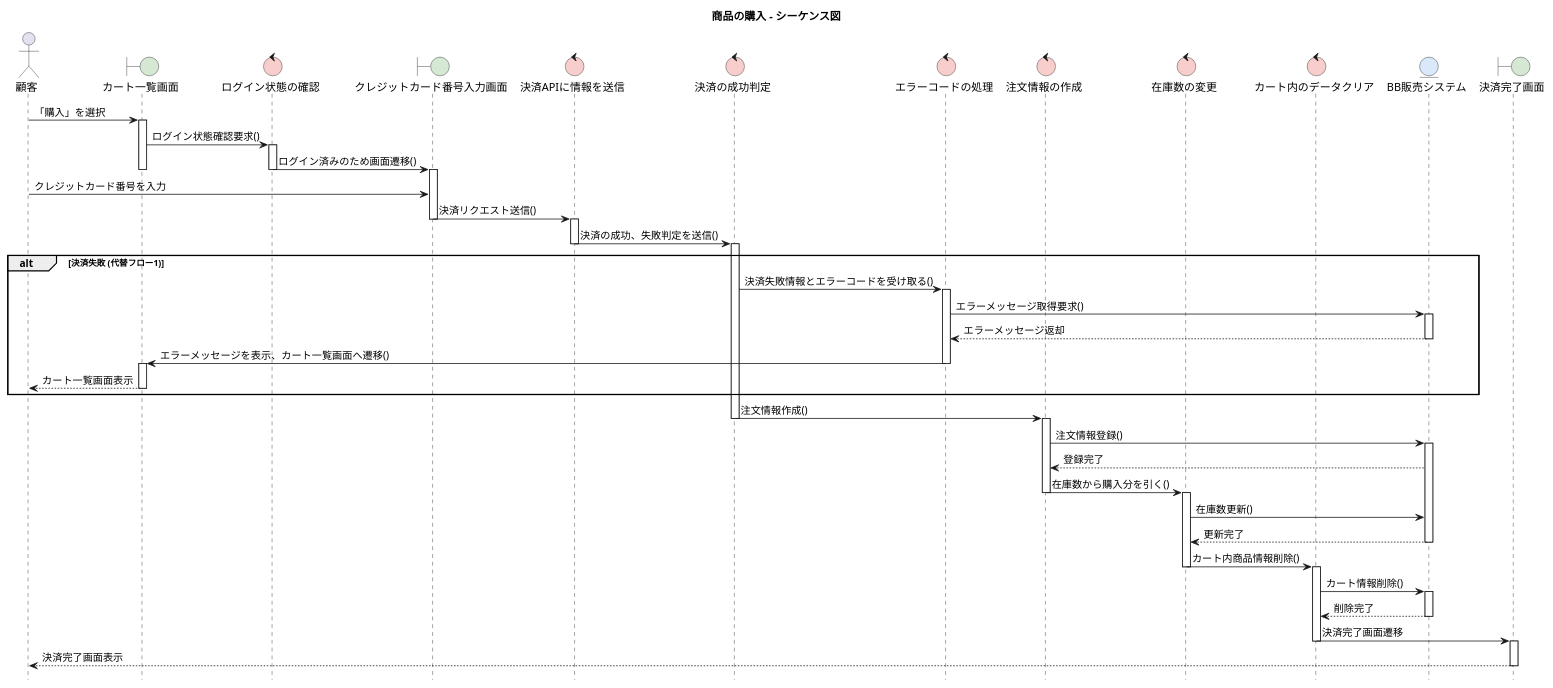
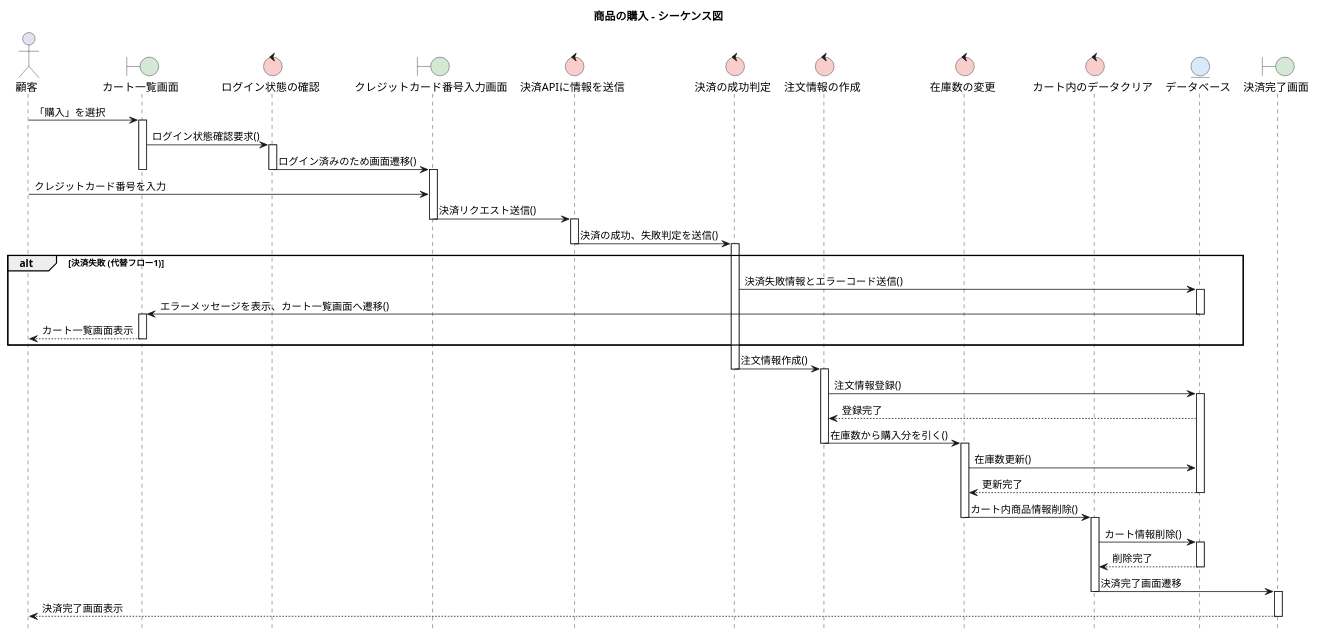
The diagram in BB/sequence_purchase.pu (FujikawaHirono0520/group3_1_dogdog), drawn with PlantUML before and after one commit.

Commit message:
購入　シーケンス

```diff
--- a/BB/sequence_purchase.pu
+++ b/BB/sequence_purchase.pu
@@ -1,84 +1,79 @@
 @startuml
 title 商品の購入 - シーケンス図
 skinparam boundaryBackgroundColor #D5E8D4
 skinparam controlBackgroundColor  #F8CECC
 skinparam entityBackgroundColor   #DAE8FC
 
 hide footbox
 
 actor 顧客
 boundary "カート一覧画面" as CartView
 control "ログイン状態の確認" as LoginCheck 
 boundary "クレジットカード番号入力画面" as CardInputView
 control "決済APIに情報を送信" as PaymentSend
 control "決済の成功判定" as PaymentResult
-control "エラーコードの処理" as ErrorProcess
 control "注文情報の作成" as CreateOrder
 control "在庫数の変更" as ChangeStock
 control "カート内のデータクリア" as ClearCart
-entity "BB販売システム" as BBSystem
+entity "データベース" as DataBase
 boundary "決済完了画面" as CompleteView
 顧客 -> CartView : 「購入」を選択
 activate CartView
 
 CartView -> LoginCheck : ログイン状態確認要求()
 activate LoginCheck
 LoginCheck -> CardInputView : ログイン済みのため画面遷移()
 deactivate LoginCheck
 deactivate CartView
 activate CardInputView
 
 顧客 -> CardInputView : クレジットカード番号を入力
 CardInputView -> PaymentSend : 決済リクエスト送信()
 deactivate CardInputView
 activate PaymentSend
 
 PaymentSend -> PaymentResult : 決済の成功、失敗判定を送信()
 deactivate PaymentSend
 activate PaymentResult
 alt 決済失敗 (代替フロー1)
-    PaymentResult -> ErrorProcess : 決済失敗情報とエラーコードを受け取る()
+    PaymentResult -> DataBase : 決済失敗情報とエラーコード送信()
+    activate DataBase
     
-    activate ErrorProcess
-    ErrorProcess -> BBSystem : エラーメッセージ取得要求()
-    activate BBSystem
-    BBSystem --> ErrorProcess : エラーメッセージ返却
-    deactivate BBSystem
 
-    ErrorProcess -> CartView : エラーメッセージを表示、カート一覧画面へ遷移()
-    deactivate ErrorProcess
+    DataBase -> CartView : エラーメッセージを表示、カート一覧画面へ遷移()
+    deactivate DataBase
     activate CartView
     
     CartView --> 顧客 : カート一覧画面表示
     deactivate CartView
 end
     PaymentResult -> CreateOrder : 注文情報作成()
     deactivate PaymentResult
     activate CreateOrder
-    CreateOrder -> BBSystem : 注文情報登録()
-    activate BBSystem
-    BBSystem --> CreateOrder : 登録完了
+    CreateOrder -> DataBase : 注文情報登録()
+    activate DataBase
+    DataBase --> CreateOrder : 登録完了
 
     CreateOrder -> ChangeStock : 在庫数から購入分を引く()
     deactivate CreateOrder
     activate ChangeStock
-    ChangeStock -> BBSystem : 在庫数更新()
-    BBSystem --> ChangeStock : 更新完了
-    deactivate BBSystem
+    ChangeStock -> DataBase : 在庫数更新()
+    DataBase --> ChangeStock : 更新完了
+    deactivate DataBase
     
     ChangeStock -> ClearCart : カート内商品情報削除()
     deactivate ChangeStock
     activate ClearCart
-    ClearCart -> BBSystem : カート情報削除()
-    activate BBSystem
-    BBSystem --> ClearCart : 削除完了
-    deactivate BBSystem
+    ClearCart -> DataBase : カート情報削除()
+    activate DataBase
+    DataBase --> ClearCart : 削除完了
+    deactivate DataBase
 
     ClearCart -> CompleteView : 決済完了画面遷移
     deactivate ClearCart
     activate CompleteView
     
     CompleteView --> 顧客 : 決済完了画面表示
     deactivate CompleteView
 
 @enduml
```
